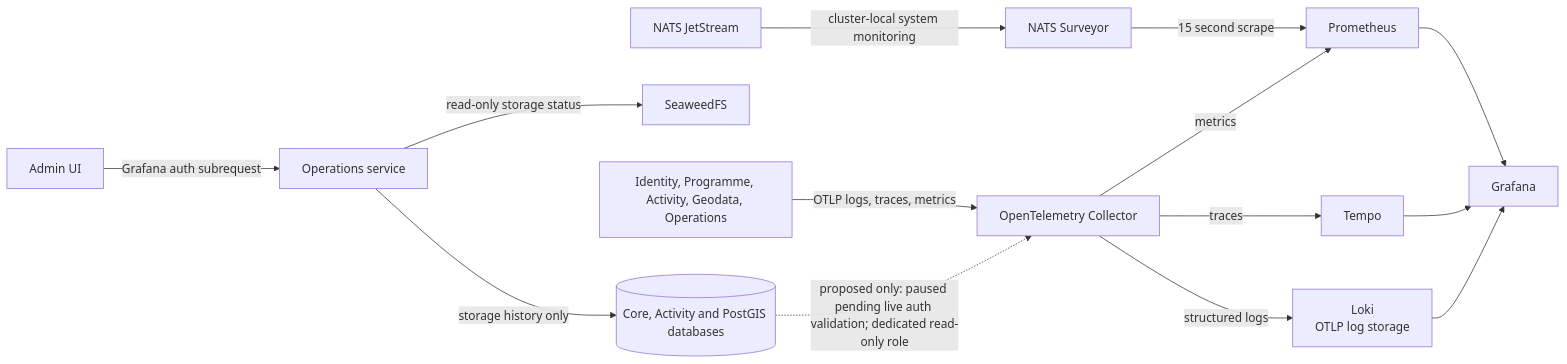
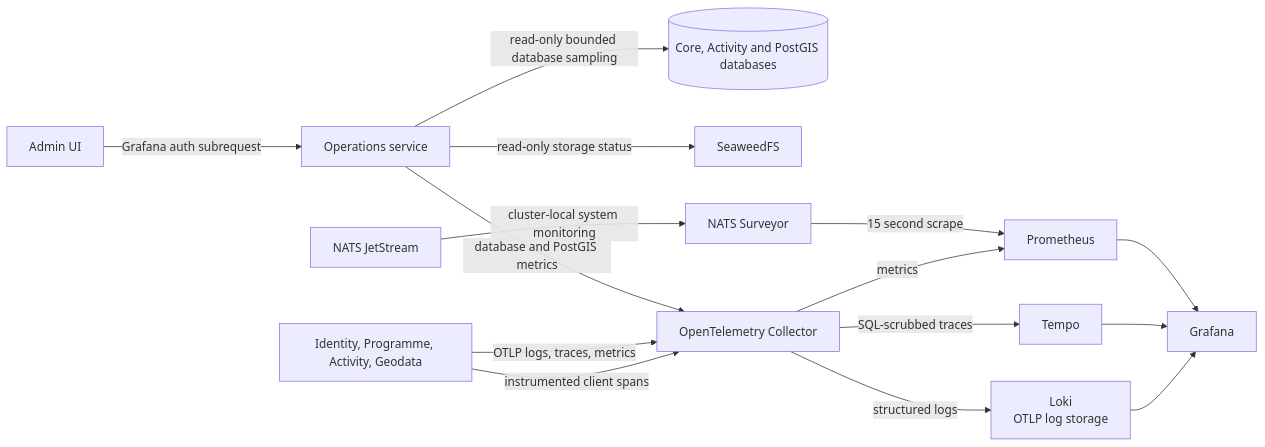
Before and after one commit to myota-platform/myota-docs: the diagram in docs/architecture/diagrams/observability-architecture.md, drawn with Mermaid. The commit also changed other lines of this file, not shown here.

Commit message:
docs: update observability architecture

````diff
--- a/docs/architecture/diagrams/observability-architecture.md
+++ b/docs/architecture/diagrams/observability-architecture.md
@@ -3,28 +3,29 @@
 ```mermaid
 flowchart LR
   UI[Admin UI]
   Ops[Operations service]
   DB[(Core, Activity and PostGIS databases)]
   SW[SeaweedFS]
   NATS[NATS JetStream]
   Surveyor[NATS Surveyor]
   Prom[Prometheus]
   Tempo[Tempo]
   Loki[Loki\nOTLP log storage]
   Collector[OpenTelemetry Collector]
-  Services[Identity, Programme, Activity, Geodata, Operations]
+  Services[Identity, Programme, Activity, Geodata]
   Grafana[Grafana]
   UI -->|Grafana auth subrequest| Ops
   Ops -->|read-only storage status| SW
-  Ops -->|storage history only| DB
+  Ops -->|read-only bounded database sampling| DB
+  Ops -->|database and PostGIS metrics| Collector
   NATS -->|cluster-local system monitoring| Surveyor
   Surveyor -->|15 second scrape| Prom
   Services -->|OTLP logs, traces, metrics| Collector
+  Services -->|instrumented client spans| Collector
   Collector -->|metrics| Prom
-  Collector -->|traces| Tempo
+  Collector -->|SQL-scrubbed traces| Tempo
   Collector -->|structured logs| Loki
   Prom --> Grafana
   Tempo --> Grafana
   Loki --> Grafana
-  DB -.->|proposed only: paused pending live auth validation; dedicated read-only role| Collector
 ```
````
